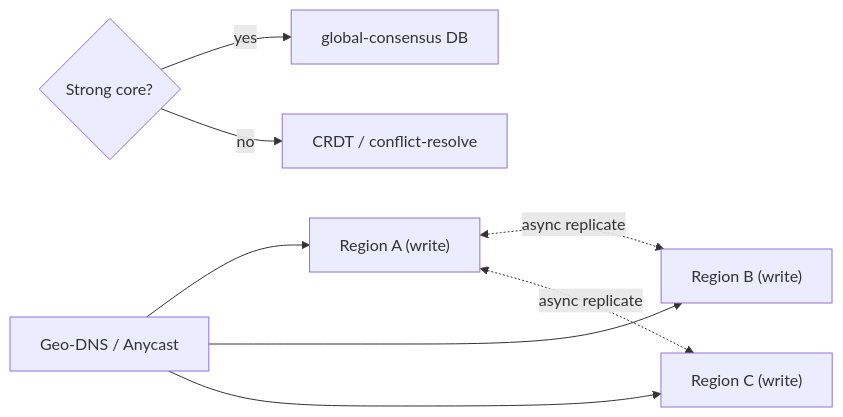
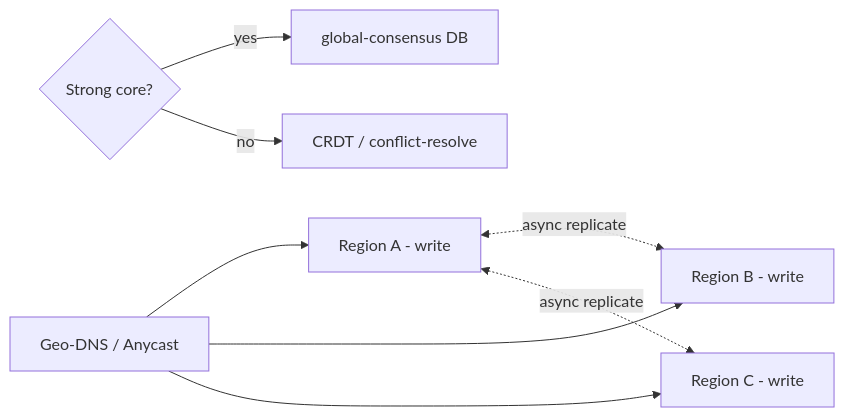
The diagram in docs/10-extreme-scale/00-global-routing-multi-region.md (RIT-MESH/system-design-mastery), drawn with Mermaid before and after one commit. The commit also changed 139 other files, not shown here.

First line of the commit message:
Fix Mermaid parse errors: replace parentheses in node labels across 140 files

````diff
--- a/docs/10-extreme-scale/00-global-routing-multi-region.md
+++ b/docs/10-extreme-scale/00-global-routing-multi-region.md
@@ -28,10 +28,10 @@
 ```mermaid
 %% created-for: system-design-mastery
 flowchart LR
-  GeoDNS["Geo-DNS / Anycast"] --> R1["Region A (write)"]
-  GeoDNS --> R2["Region B (write)"]
-  GeoDNS --> R3["Region C (write)"]
+  GeoDNS["Geo-DNS / Anycast"] --> R1["Region A - write"]
+  GeoDNS --> R2["Region B - write"]
+  GeoDNS --> R3["Region C - write"]
   R1 <-.async replicate.-> R2 & R3
   Policy{"Strong core?"} -->|"yes"| Global["global-consensus DB"]
   Policy -->|"no"| Crdt["CRDT / conflict-resolve"]
 ```
````
